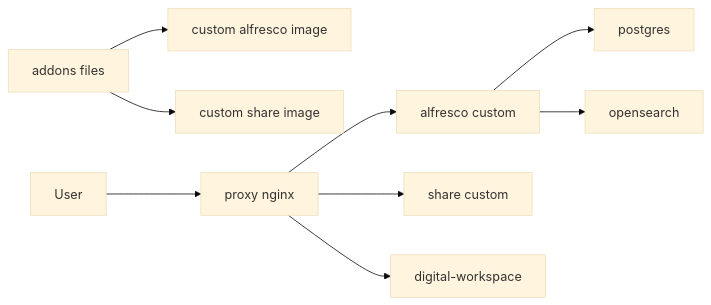
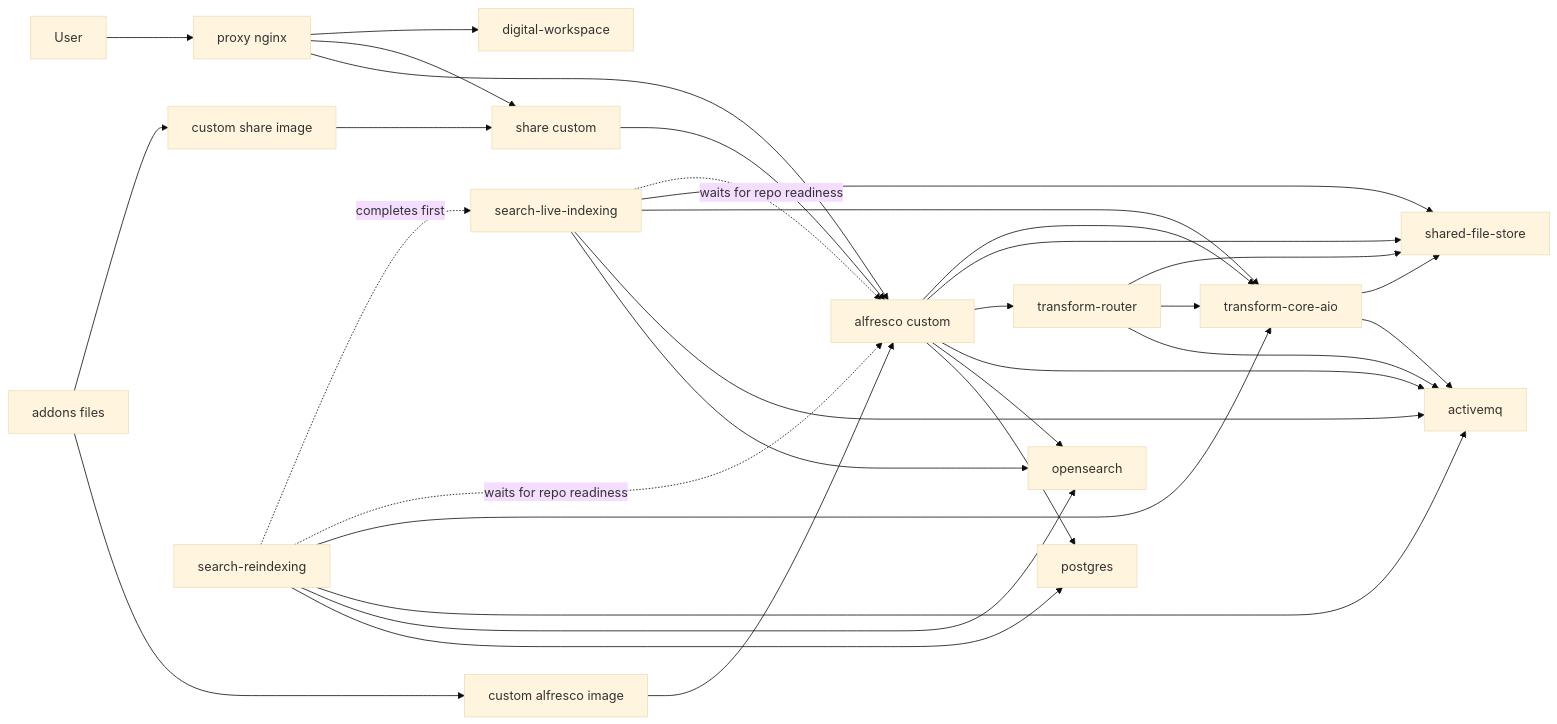
Before and after one commit to aborroy/alfresco-onprem-to-cloud-lab: the ninth of 12 diagrams in README.md, drawn with Mermaid (base theme). The commit also changed other lines of this file, not shown here.

Commit message:
Fix mermaid diagrams

````diff
--- a/README.md
+++ b/README.md
@@ -476,11 +531,34 @@
 ```mermaid
 flowchart LR
   addons["addons files"] --> buildRepo["custom alfresco image"]
   addons --> buildShare["custom share image"]
+  buildRepo --> repo["alfresco custom"]
+  buildShare --> share["share custom"]
   user["User"] --> proxy["proxy nginx"]
   proxy --> repo["alfresco custom"]
   proxy --> share["share custom"]
   proxy --> adw["digital-workspace"]
+  share --> repo
   repo --> db["postgres"]
   repo --> os["opensearch"]
+  repo --> mq["activemq"]
+  repo --> tr["transform-router"]
+  repo --> sfs["shared-file-store"]
+  repo --> aio["transform-core-aio"]
+  tr --> mq
+  tr --> aio["transform-core-aio"]
+  tr --> sfs["shared-file-store"]
+  aio --> mq
+  aio --> sfs
+  reidx["search-reindexing"] --> db
+  reidx --> os
+  reidx --> mq
+  reidx --> aio
+  live["search-live-indexing"] --> os
+  live --> mq
+  live --> aio
+  live --> sfs
+  reidx -. "waits for repo readiness" .-> repo
+  live -. "waits for repo readiness" .-> repo
+  reidx -. "completes first" .-> live
 ```
````
